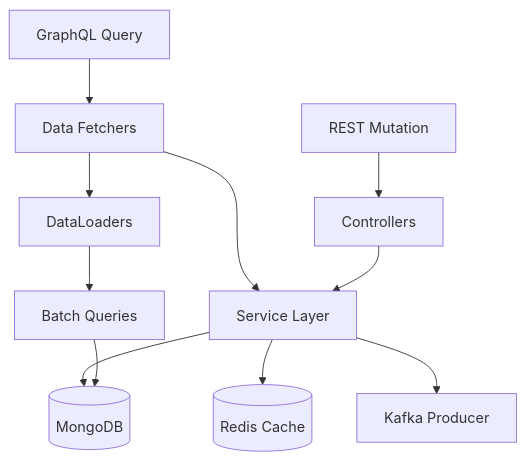
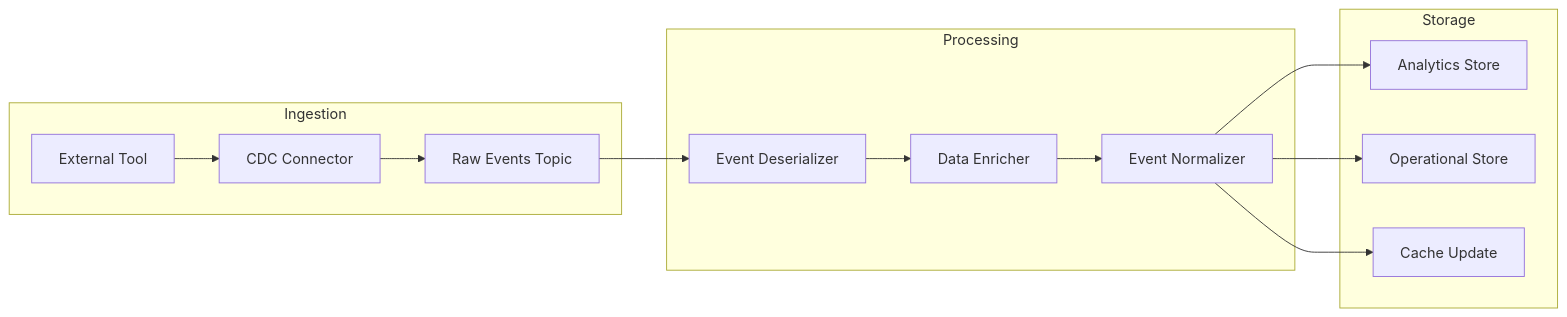
One commit to flamingo-stack/openframe-oss-lib changed the sixth of 18 diagrams in docs/development/architecture/README.md. Above: the diagram before and after it, drawn with Mermaid. The commit also changed other lines of this file and 212 other files, not shown here.

````diff
--- a/docs/development/architecture/README.md
+++ b/docs/development/architecture/README.md
@@ -224,16 +266,19 @@
 ```mermaid
-flowchart TD
-    GraphQLRequest[GraphQL Query] --> DataFetcher[Data Fetchers]
-    RESTRequest[REST Mutation] --> Controller[Controllers]
+flowchart LR
+    subgraph "Ingestion"
+        External[External Tool] --> CDC[CDC Connector]
+        CDC --> RawEvents[Raw Events Topic]
+    end
     
-    DataFetcher --> Service[Service Layer]
-    Controller --> Service
+    subgraph "Processing"
+        RawEvents --> Deserializer[Event Deserializer]
+        Deserializer --> Enricher[Data Enricher]
+        Enricher --> Normalizer[Event Normalizer]
+    end
     
-    Service --> MongoDB[(MongoDB)]
-    Service --> Redis[(Redis Cache)]
-    Service --> Kafka[Kafka Producer]
-    
-    DataFetcher --> DataLoader[DataLoaders]
-    DataLoader --> BatchQuery[Batch Queries]
-    BatchQuery --> MongoDB
+    subgraph "Storage"
+        Normalizer --> Analytics[Analytics Store]
+        Normalizer --> Operational[Operational Store]
+        Normalizer --> Cache[Cache Update]
+    end
 ```
````
